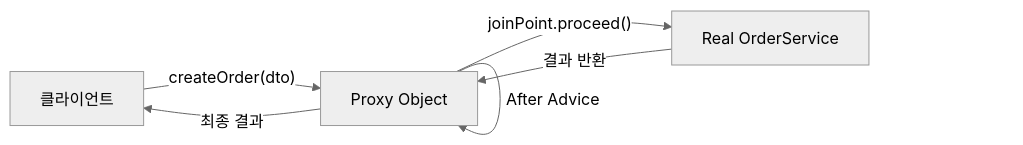
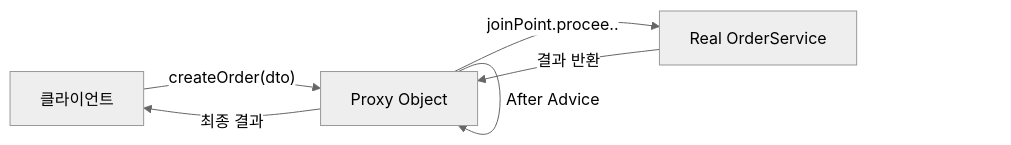
The first of 4 diagrams in _posts/spring/2026-05-01-spring-aop.md (yjkim2015/yjkim2015.github.io), drawn with Mermaid (neutral theme) before and after one commit. The commit also changed other lines of this file and 132 other files, not shown here.

First line of the commit message:
Mermaid 다이어그램 가독성 정리: 단순 제거, 노드 축소, TD→LR 변환

````diff
--- a/_posts/spring/2026-05-01-spring-aop.md
+++ b/_posts/spring/2026-05-01-spring-aop.md
@@ -262,9 +262,9 @@
 ```mermaid
 graph LR
     C["클라이언트"] -->|"createOrder(dto)"| P["Proxy Object"]
     P -->|"Before Advice"| P
-    P -->|"joinPoint.proceed()"| R["Real OrderService"]
+    P -->|joinPoint.procee..| R["Real OrderService"]
     R -->|"결과 반환"| P
     P -->|"After Advice"| P
     P -->|"최종 결과"| C
 ```
````
